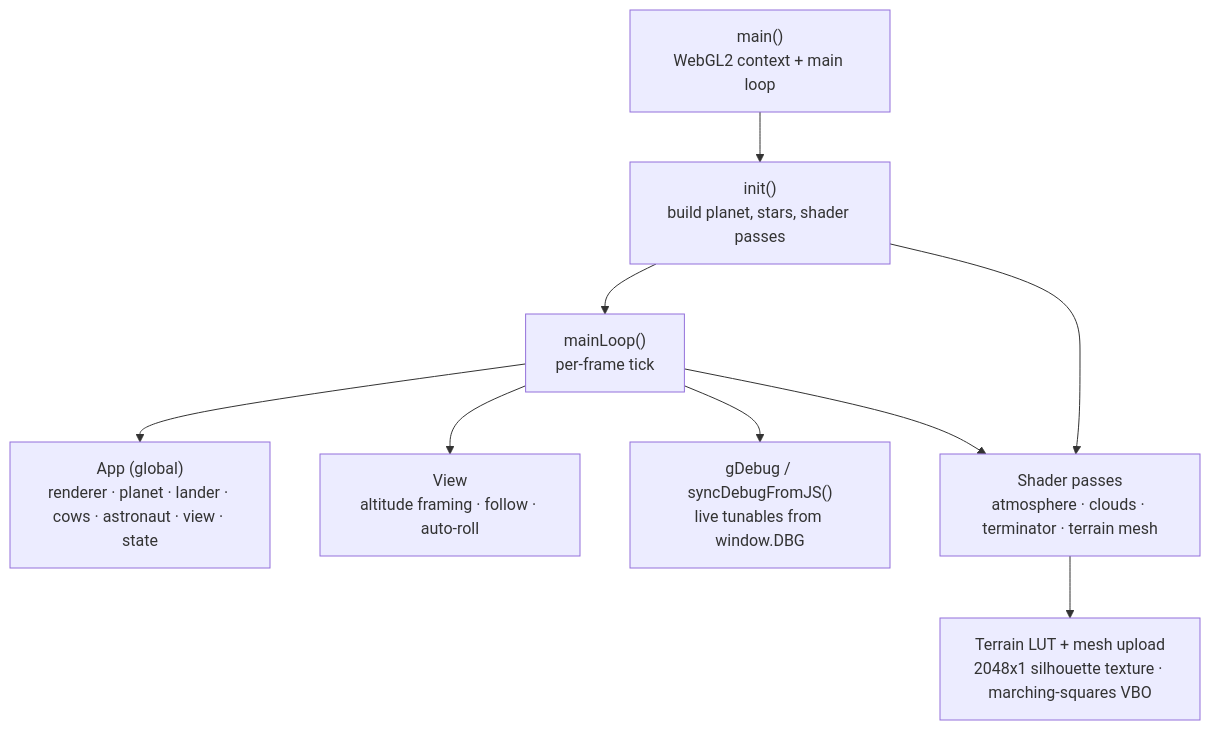
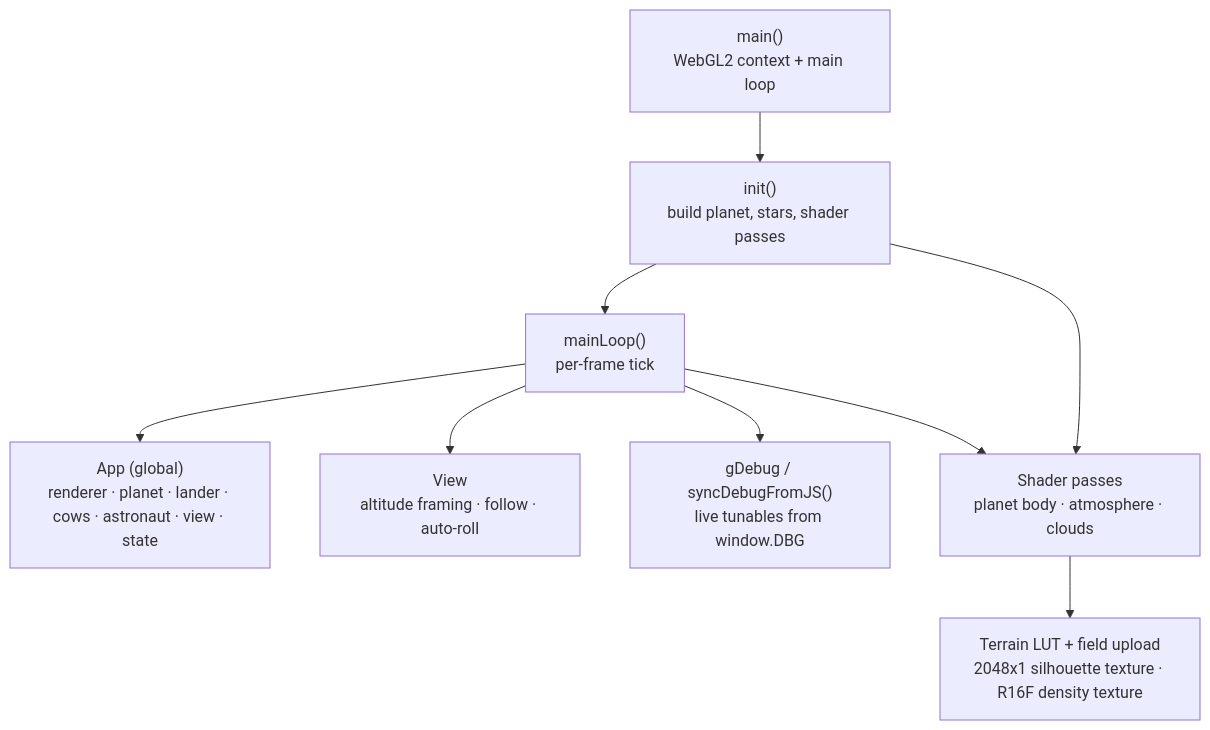
The diagram in docs/architecture/core.md (keithagroves/visitor), drawn with Mermaid before and after one commit. The commit also changed other lines of this file and 15 other files, not shown here.

````diff
--- a/docs/architecture/core.md
+++ b/docs/architecture/core.md
@@ -14,28 +14,28 @@
 ```mermaid
 flowchart TD
     main["main()<br/>WebGL2 context + main loop"]
     init["init()<br/>build planet, stars, shader passes"]
     loop["mainLoop()<br/>per-frame tick"]
     App["App (global)<br/>renderer · planet · lander · cows · astronaut · view · state"]
     View["View<br/>altitude framing · follow · auto-roll"]
     Debug["gDebug / syncDebugFromJS()<br/>live tunables from window.DBG"]
-    Passes["Shader passes<br/>atmosphere · clouds · terminator · terrain mesh"]
-    LUT["Terrain LUT + mesh upload<br/>2048x1 silhouette texture · marching-squares VBO"]
+    Passes["Shader passes<br/>planet body · atmosphere · clouds"]
+    LUT["Terrain LUT + field upload<br/>2048x1 silhouette texture · R16F density texture"]
 
     main --> init --> loop
     loop --> App
     loop --> View
     loop --> Debug
     loop --> Passes
     init --> Passes
     Passes --> LUT
 
     click main call navigate("../../src/core/main.cpp")
     click init call navigate("../../src/core/main.cpp")
     click loop call navigate("../../src/core/main.cpp")
     click App call navigate("../../src/core/main.cpp")
     click View call navigate("../../src/core/main.cpp")
     click Debug call navigate("../../src/core/debug.h")
     click Passes call navigate("../../src/core/main.cpp")
     click LUT call navigate("../../src/core/main.cpp")
 ```
````
